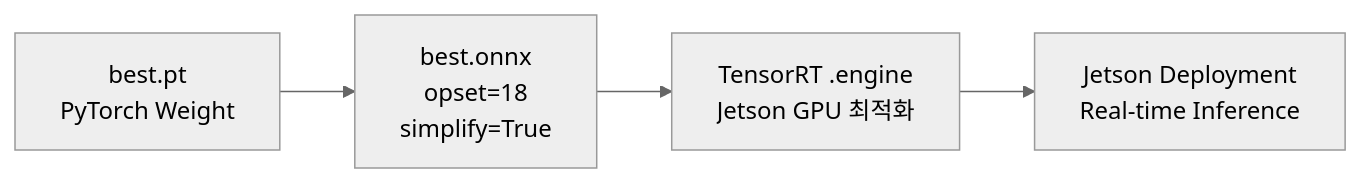
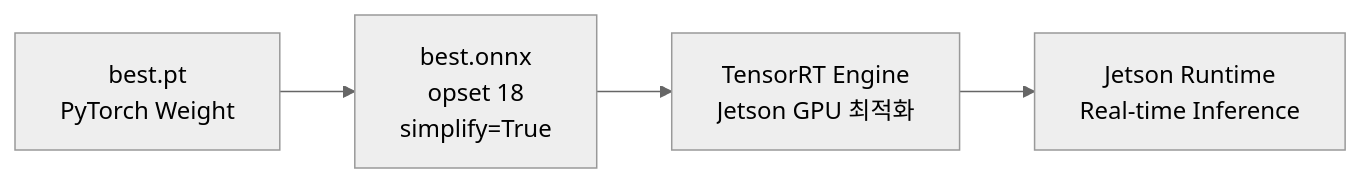
Before and after one commit to chieftain4202/RTL-Verification-Projects: the fourth of 8 diagrams in 08-yolo-vehicle-detection/README.md, drawn with Mermaid (neutral theme). The commit also changed other lines of this file, not shown here.

````diff
--- a/08-yolo-vehicle-detection/README.md
+++ b/08-yolo-vehicle-detection/README.md
@@ -81,6 +164,6 @@
 ```mermaid
 flowchart LR
-    PT["best.pt<br/>PyTorch Weight"] --> ONNX["best.onnx<br/>opset=18<br/>simplify=True"]
-    ONNX --> ENGINE["TensorRT .engine<br/>Jetson GPU 최적화"]
-    ENGINE --> RUNTIME["Jetson Deployment<br/>Real-time Inference"]
+    PT["best.pt<br/>PyTorch Weight"] --> ONNX["best.onnx<br/>opset 18<br/>simplify=True"]
+    ONNX --> ENGINE["TensorRT Engine<br/>Jetson GPU 최적화"]
+    ENGINE --> RUNTIME["Jetson Runtime<br/>Real-time Inference"]
 ```
````
